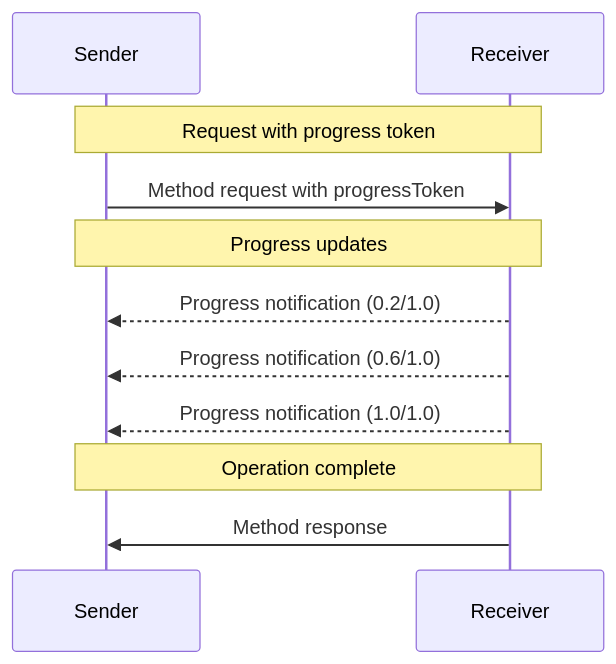
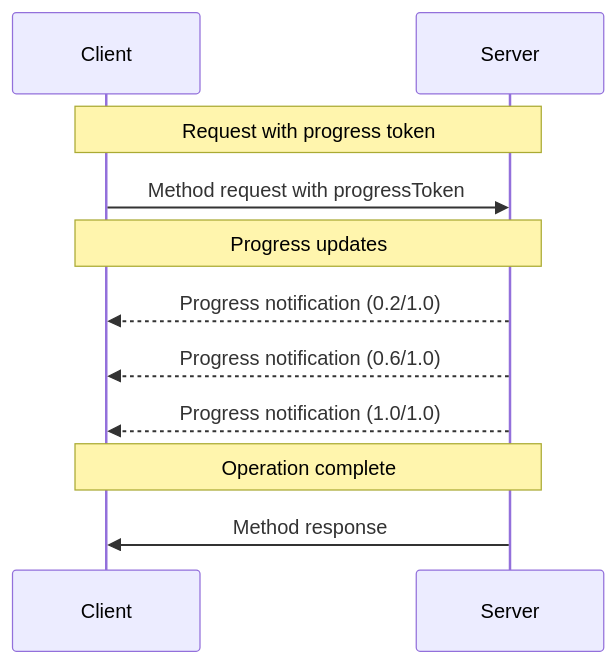
One commit to thevibeworks/claude-code-docs changed the diagram in content/mcp/specification/draft/basic/patterns/progress.md. Above: the diagram before and after it, drawn with Mermaid. The commit also changed other lines of this file and 1350 other files, not shown here.

````diff
--- a/content/mcp/specification/draft/basic/patterns/progress.md
+++ b/content/mcp/specification/draft/basic/patterns/progress.md
@@ -71,16 +71,16 @@
 ```mermaid theme={null}
 sequenceDiagram
-    participant Sender
-    participant Receiver
+    participant Client
+    participant Server
 
-    Note over Sender,Receiver: Request with progress token
-    Sender->>Receiver: Method request with progressToken
+    Note over Client,Server: Request with progress token
+    Client->>Server: Method request with progressToken
 
-    Note over Sender,Receiver: Progress updates
-    Receiver-->>Sender: Progress notification (0.2/1.0)
-    Receiver-->>Sender: Progress notification (0.6/1.0)
-    Receiver-->>Sender: Progress notification (1.0/1.0)
+    Note over Client,Server: Progress updates
+    Server-->>Client: Progress notification (0.2/1.0)
+    Server-->>Client: Progress notification (0.6/1.0)
+    Server-->>Client: Progress notification (1.0/1.0)
 
-    Note over Sender,Receiver: Operation complete
-    Receiver->>Sender: Method response
+    Note over Client,Server: Operation complete
+    Server->>Client: Method response
 ```
````
